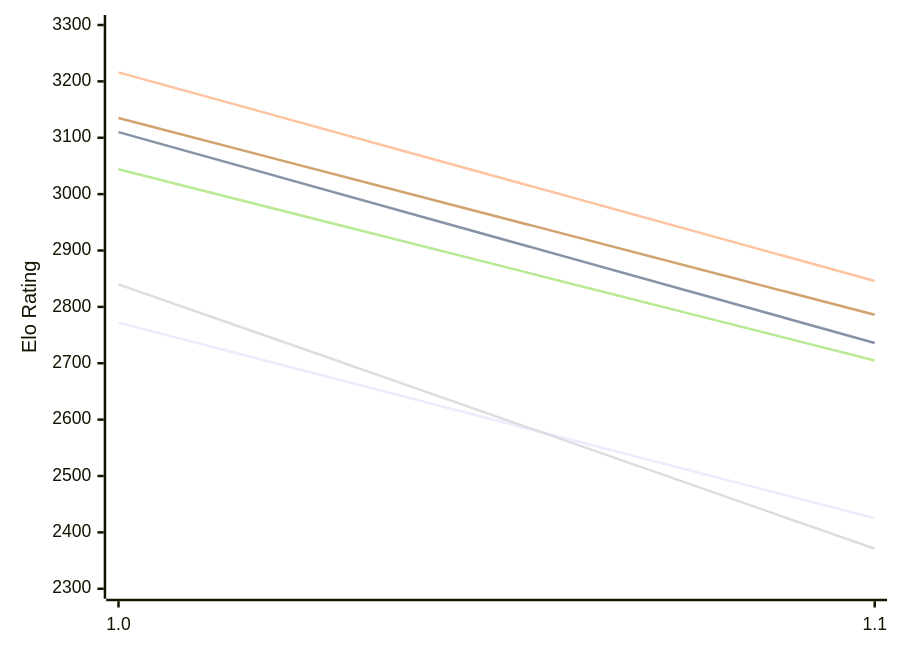
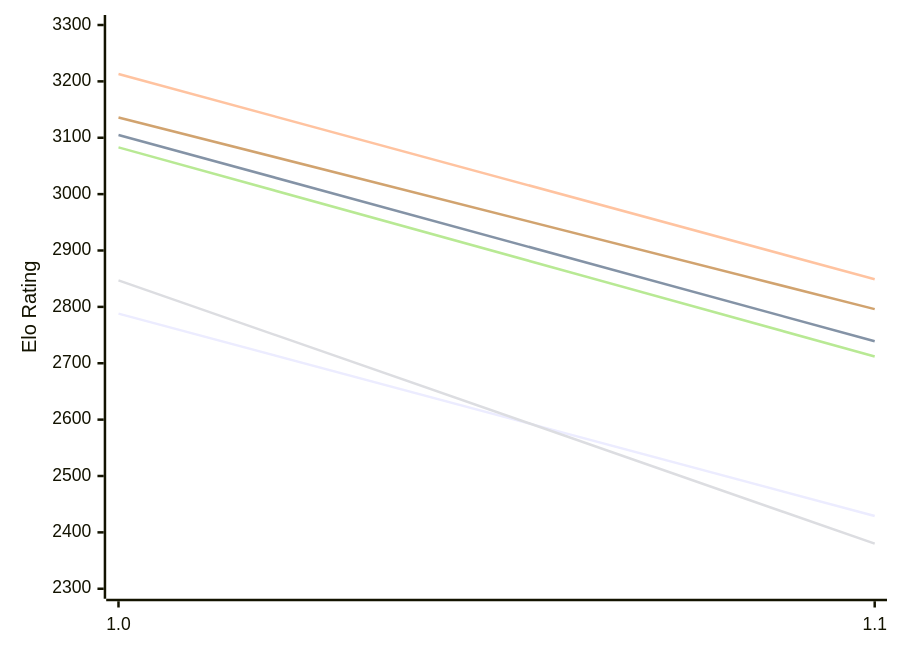
Before and after one commit to computer-chess-index/cci: the first of 2 diagrams in engines/Publius.md, drawn with Mermaid. The commit also changed other lines of this file, not shown here.

Commit message:
Update CCI Ratings (ELO VLTC) - 2026-11-25

````diff
--- a/engines/Publius.md
+++ b/engines/Publius.md
@@ -50,12 +50,12 @@
 ```mermaid
 %%{init: {"theme":"base","themeVariables":{"seriesColors:['#a3a3a3','#222221','#faa371']}}}%%
 xychart-beta
   x-axis ["1.0", "1.1"]
   y-axis "Elo Rating" 2300 --> 3300
-  line "E1: STC (8.0+0.08s)" [2772, 2425]
-  line "E1: LTC (60.0+0.60s)" [3110, 2736]
-  line "E1: VLTC (2m24s+1.12s)" [3216, 2846]
-  line "P1: STC (8.0+0.08s)" [2840, 2371]
-  line "P1: LTC (60.0+0.60s)" [3044, 2705]
-  line "P1: VLTC (2m24s+1.12s)" [3135, 2786]
+  line "E1: STC (8.0+0.08s)" [2788, 2429]
+  line "E1: LTC (60.0+0.60s)" [3105, 2739]
+  line "E1: VLTC (2m24s+1.12s)" [3213, 2849]
+  line "P1: STC (8.0+0.08s)" [2847, 2380]
+  line "P1: LTC (60.0+0.60s)" [3083, 2712]
+  line "P1: VLTC (2m24s+1.12s)" [3136, 2796]
 ```
````
